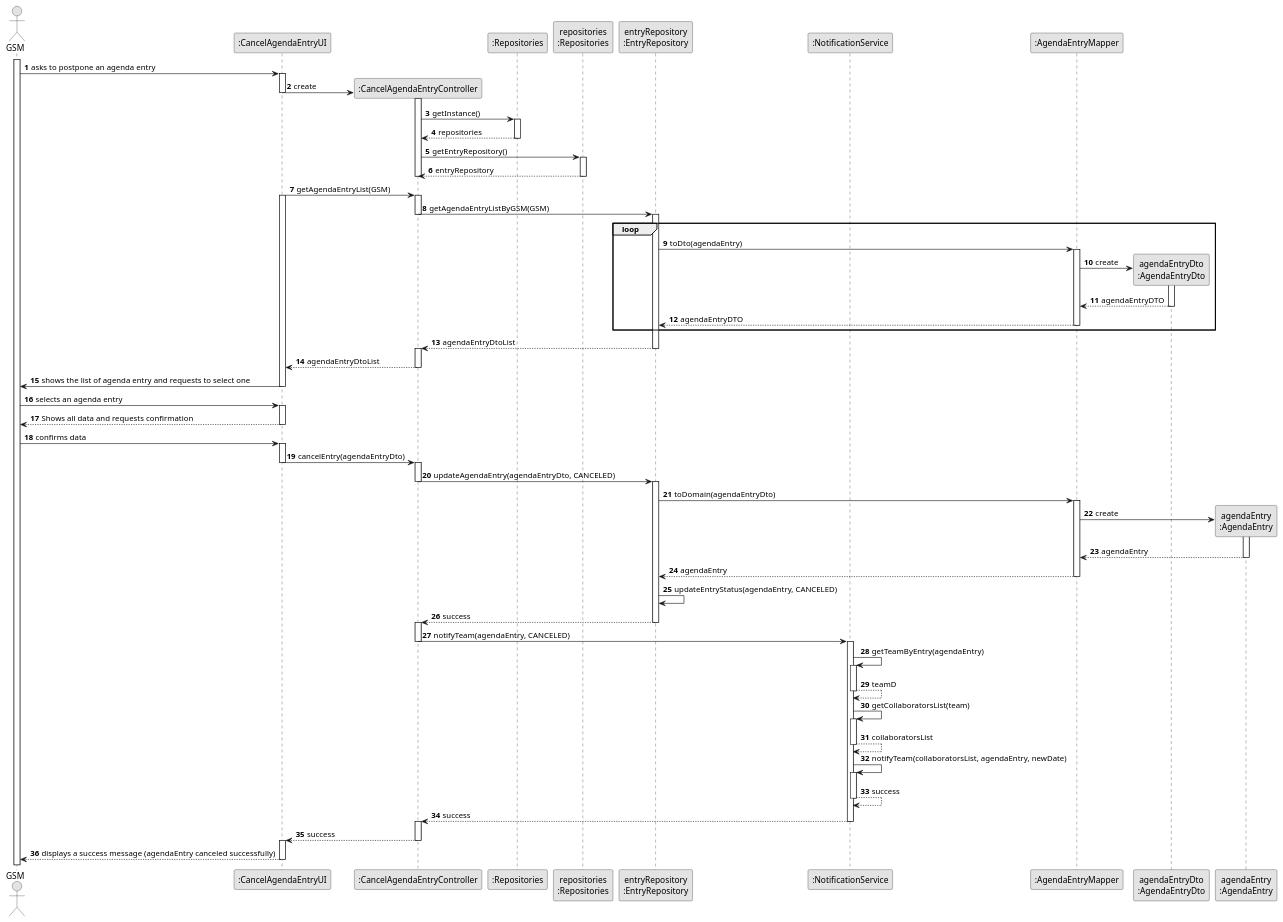
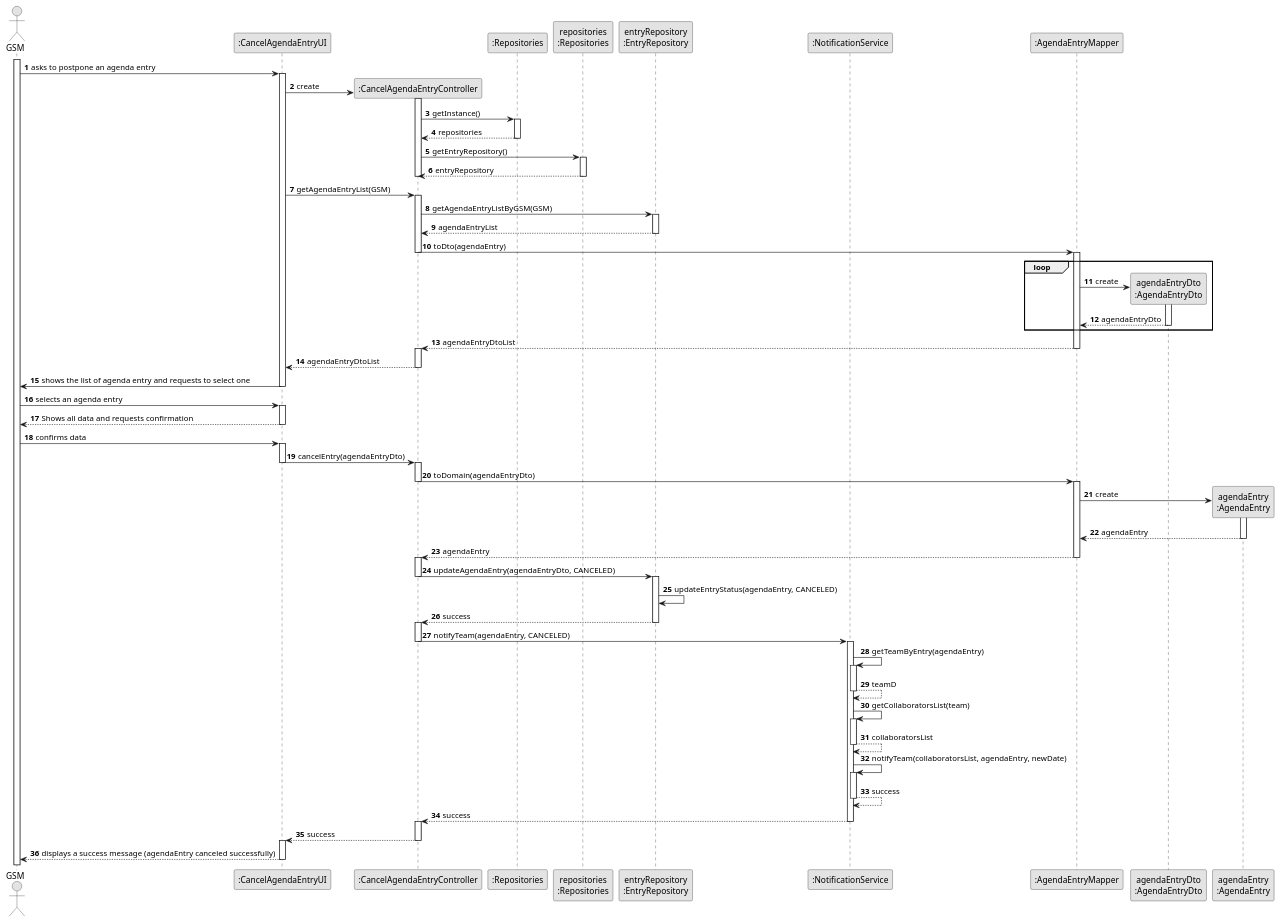
The diagram in docs/sprintC/us025/03.design/puml/us025-sequence-diagram-full.puml (ricardomm7/leaflink), drawn with PlantUML before and after one commit. The commit also changed 13 other files, not shown here.

```diff
--- a/docs/sprintC/us025/03.design/puml/us025-sequence-diagram-full.puml
+++ b/docs/sprintC/us025/03.design/puml/us025-sequence-diagram-full.puml
@@ -1,150 +1,146 @@
 @startuml
 skinparam monochrome true
 skinparam packageStyle rectangle
 skinparam shadowing false
 
 autonumber
 
 actor "GSM" as GSM
 participant ":CancelAgendaEntryUI" as UI
 participant ":CancelAgendaEntryController" as CTRL
 participant ":Repositories" as RepositorySingleton
 participant "repositories\n:Repositories" as PLAT
 participant "entryRepository\n:EntryRepository" as EntryRepo
 participant ":NotificationService" as NotificationService
 participant ":AgendaEntryMapper" as AgendaEntryMapper
 participant "agendaEntryDto\n:AgendaEntryDto" as AgendaEntryDto
 participant "agendaEntry\n:AgendaEntry" as AgendaEntry
 
 
 
 activate GSM
 
     GSM -> UI : asks to postpone an agenda entry
     activate UI
 
         UI -> CTRL **: create
-        deactivate UI
         activate CTRL
 
             CTRL -> RepositorySingleton : getInstance()
             activate RepositorySingleton
 
                 RepositorySingleton --> CTRL : repositories
             deactivate RepositorySingleton
 
             CTRL -> PLAT : getEntryRepository()
             activate PLAT
 
                 PLAT --> CTRL : entryRepository
             deactivate PLAT
 
              deactivate CTRL
 
-        deactivate UI
 
         UI -> CTRL: getAgendaEntryList(GSM)
-        activate UI
         activate CTRL
 
             CTRL -> EntryRepo: getAgendaEntryListByGSM(GSM)
-            deactivate CTRL
             activate EntryRepo
 
-            loop
+            EntryRepo --> CTRL: agendaEntryList
+            deactivate EntryRepo
 
-            EntryRepo -> AgendaEntryMapper : toDto(agendaEntry)
+            CTRL -> AgendaEntryMapper : toDto(agendaEntry)
+            deactivate CTRL
             activate AgendaEntryMapper
 
+            loop
                 AgendaEntryMapper -> AgendaEntryDto** : create
                 activate AgendaEntryDto
 
-                AgendaEntryDto --> AgendaEntryMapper : agendaEntryDTO
+                AgendaEntryDto --> AgendaEntryMapper : agendaEntryDto
                 deactivate AgendaEntryDto
-
-            AgendaEntryMapper --> EntryRepo : agendaEntryDTO
-            deactivate AgendaEntryMapper
             end
 
-            EntryRepo --> CTRL : agendaEntryDtoList
-            deactivate EntryRepo
+            AgendaEntryMapper --> CTRL : agendaEntryDtoList
+            deactivate AgendaEntryMapper
             activate CTRL
 
             CTRL --> UI : agendaEntryDtoList
         deactivate CTRL
 
         UI -> GSM : shows the list of agenda entry and requests to select one
     deactivate UI
 
     GSM -> UI : selects an agenda entry
     activate UI
 
     UI --> GSM : Shows all data and requests confirmation
     deactivate UI
 
     GSM -> UI: confirms data
     activate UI
 
         UI -> CTRL : cancelEntry(agendaEntryDto)
         deactivate UI
         activate CTRL
 
-
-            CTRL -> EntryRepo : updateAgendaEntry(agendaEntryDto, CANCELED)
+            CTRL -> AgendaEntryMapper: toDomain(agendaEntryDto)
             deactivate CTRL
-            activate EntryRepo
-
-            EntryRepo -> AgendaEntryMapper : toDomain(agendaEntryDto)
             activate AgendaEntryMapper
-
 
                 AgendaEntryMapper -> AgendaEntry** : create
                 activate AgendaEntry
 
                 AgendaEntry --> AgendaEntryMapper : agendaEntry
                 deactivate AgendaEntry
 
+            AgendaEntryMapper --> CTRL: agendaEntry
+            deactivate AgendaEntryMapper
+            activate CTRL
 
-            AgendaEntryMapper --> EntryRepo : agendaEntry
-            deactivate AgendaEntryMapper
+
+            CTRL -> EntryRepo : updateAgendaEntry(agendaEntryDto, CANCELED)
+            deactivate CTRL
+            activate EntryRepo
 
                 EntryRepo -> EntryRepo : updateEntryStatus(agendaEntry, CANCELED)
 
             EntryRepo --> CTRL : success
             deactivate EntryRepo
             activate CTRL
 
             CTRL -> NotificationService : notifyTeam(agendaEntry, CANCELED)
             deactivate CTRL
             activate NotificationService
 
                 NotificationService -> NotificationService : getTeamByEntry(agendaEntry)
                 activate NotificationService
 
                 NotificationService --> NotificationService : teamD
                 deactivate NotificationService
 
                 NotificationService -> NotificationService : getCollaboratorsList(team)
                 activate NotificationService
 
                 NotificationService --> NotificationService : collaboratorsList
                 deactivate NotificationService
 
                 NotificationService -> NotificationService : notifyTeam(collaboratorsList, agendaEntry, newDate)
                 activate NotificationService
 
                 NotificationService --> NotificationService : success
                 deactivate NotificationService
 
                 NotificationService --> CTRL : success
                 deactivate NotificationService
         activate CTRL
 
         CTRL --> UI : success
     deactivate CTRL
     activate UI
 
     UI --> GSM : displays a success message (agendaEntry canceled successfully)
 deactivate UI
 
 @enduml
```
